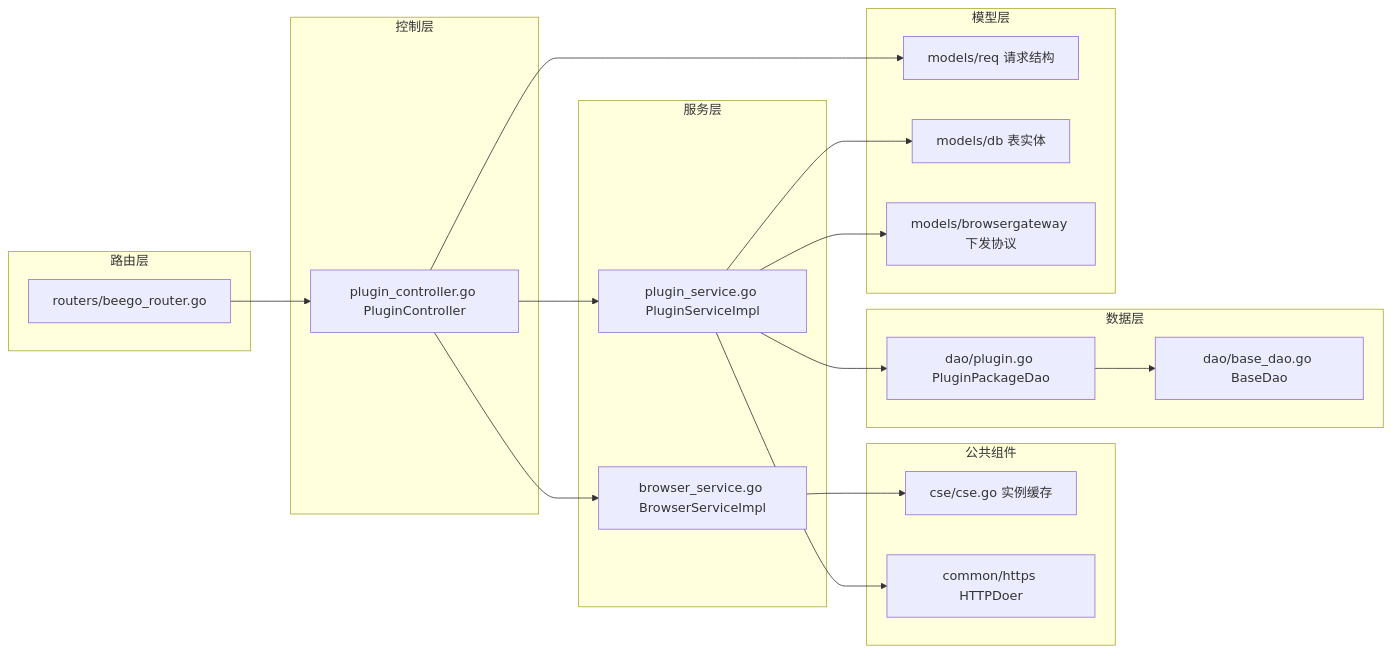
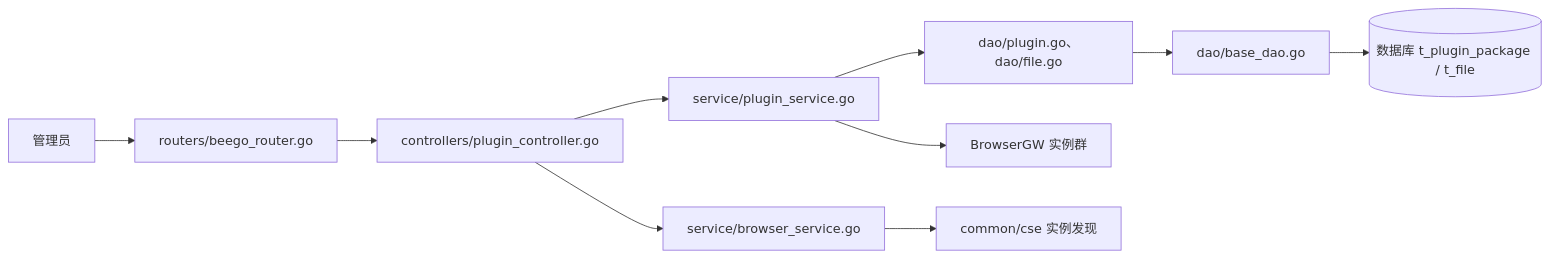
The second of 4 diagrams in docs/story/feature-plugin-manage.md (CoreGeekASTL/AIAction), drawn with Mermaid before and after one commit. The commit also changed other lines of this file and 6 other files, not shown here.

````diff
--- a/docs/story/feature-plugin-manage.md
+++ b/docs/story/feature-plugin-manage.md
@@ -62,36 +59,12 @@
 ```mermaid
 graph LR
-    subgraph 路由层
-        R[routers/beego_router.go]
-    end
-    subgraph 控制层
-        C[plugin_controller.go PluginController]
-    end
-    subgraph 服务层
-        PS[plugin_service.go PluginServiceImpl]
-        BS[browser_service.go BrowserServiceImpl]
-    end
-    subgraph 公共组件
-        CSE[cse/cse.go 实例缓存]
-        HTTP[common/https HTTPDoer]
-    end
-    subgraph 数据层
-        DAO[dao/plugin.go PluginPackageDao]
-        BASE[dao/base_dao.go BaseDao]
-    end
-    subgraph 模型层
-        REQ[models/req 请求结构]
-        DB[models/db 表实体]
-        BG[models/browsergateway 下发协议]
-    end
-    R --> C
-    C --> PS
-    C --> BS
-    PS --> DAO
-    PS --> HTTP
-    PS --> BG
-    BS --> CSE
-    DAO --> BASE
-    C --> REQ
-    PS --> DB
+  Admin[管理员] --> Router[routers/beego_router.go]
+  Router --> Ctrl[controllers/plugin_controller.go]
+  Ctrl --> Svc[service/plugin_service.go]
+  Ctrl --> BSvc[service/browser_service.go]
+  Svc --> Dao[dao/plugin.go、dao/file.go]
+  Dao --> Base[dao/base_dao.go]
+  Base --> DB[(数据库 t_plugin_package / t_file)]
+  BSvc --> CSE[common/cse 实例发现]
+  Svc --> GW[BrowserGW 实例群]
 ```
````
